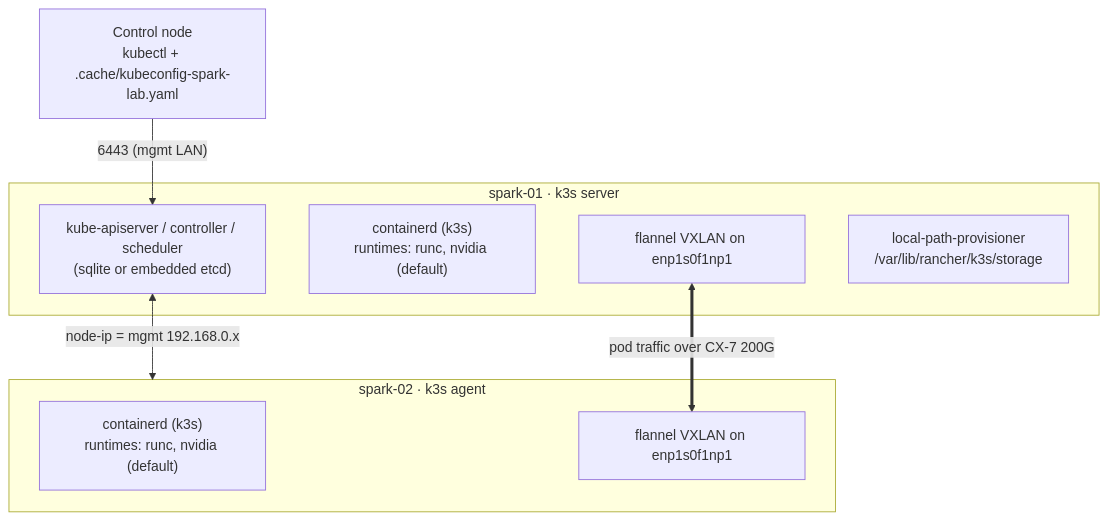
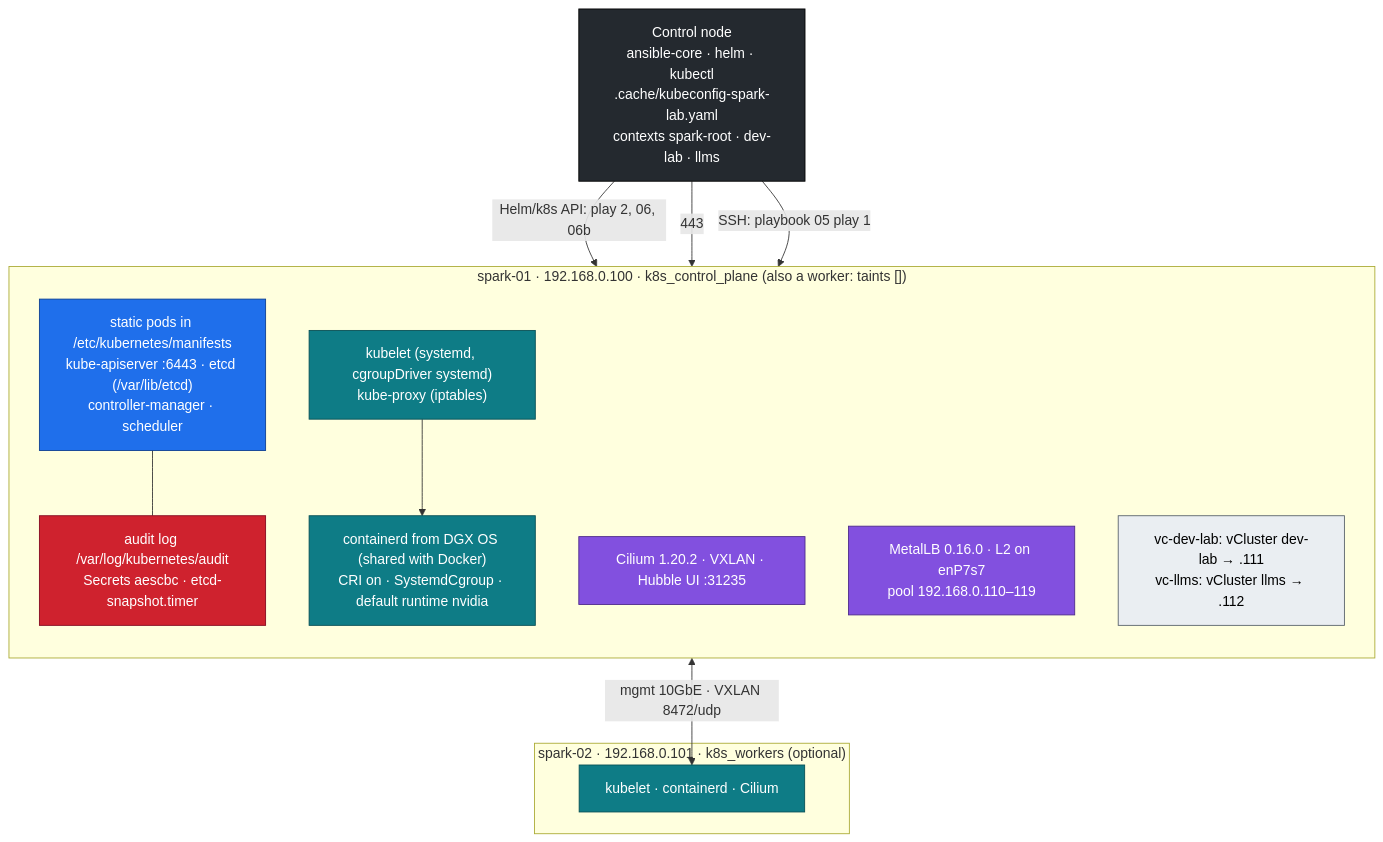
One commit to cloudone365/technical-depth changed the diagram in 01 Ansible/16-kubernetes-bare-metal-bootstrap-kubeadm.md. Above: the diagram before and after it, drawn with Mermaid. The commit also changed other lines of this file and 53 other files, not shown here.

First line of the commit message:
Rewrite 01 Ansible and 02 Kubernetes volumes for the kubeadm root + two vClusters

````diff
--- a/01 Ansible/16-kubernetes-bare-metal-bootstrap-kubeadm.md
+++ b/01 Ansible/16-kubernetes-bare-metal-bootstrap-kubeadm.md
@@ -30,16 +37,35 @@
 ```mermaid
 flowchart TB
-  CTL["Control node<br/>kubectl + .cache/kubeconfig-spark-lab.yaml"] -->|"6443 (mgmt LAN)"| API
-  subgraph S1["spark-01 · k3s server"]
-    API["kube-apiserver / controller / scheduler<br/>(sqlite or embedded etcd)"]
-    CD1["containerd (k3s)<br/>runtimes: runc, nvidia (default)"]
-    FL1["flannel VXLAN on enp1s0f1np1"]
-    LP["local-path-provisioner<br/>/var/lib/rancher/k3s/storage"]
+  CTL["Control node<br/>ansible-core · helm · kubectl<br/>.cache/kubeconfig-spark-lab.yaml<br/>contexts spark-root · dev-lab · llms"]
+  subgraph S1["spark-01 · 192.168.0.100 · k8s_control_plane (also a worker: taints [])"]
+    direction TB
+    CP["static pods in /etc/kubernetes/manifests<br/>kube-apiserver :6443 · etcd (/var/lib/etcd)<br/>controller-manager · scheduler"]
+    SEC["audit log /var/log/kubernetes/audit<br/>Secrets aescbc · etcd-snapshot.timer"]
+    KL["kubelet (systemd, cgroupDriver systemd)<br/>kube-proxy (iptables)"]
+    CTD["containerd from DGX OS (shared with Docker)<br/>CRI on · SystemdCgroup · default runtime nvidia"]
+    CIL["Cilium 1.20.2 · VXLAN · Hubble UI :31235"]
+    MLB["MetalLB 0.16.0 · L2 on enP7s7<br/>pool 192.168.0.110–119"]
+    VC["vc-dev-lab: vCluster dev-lab → .111<br/>vc-llms: vCluster llms → .112"]
   end
-  subgraph S2["spark-02 · k3s agent"]
-    CD2["containerd (k3s)<br/>runtimes: runc, nvidia (default)"]
-    FL2["flannel VXLAN on enp1s0f1np1"]
+  subgraph S2["spark-02 · 192.168.0.101 · k8s_workers (optional)"]
+    KL2["kubelet · containerd · Cilium"]
   end
-  API <-->|"node-ip = mgmt 192.168.0.x"| S2
-  FL1 <==>|"pod traffic over CX-7 200G"| FL2
+  CTL -->|"SSH: playbook 05 play 1"| S1
+  CTL -->|"Helm/k8s API: play 2, 06, 06b"| CP
+  CTL -->|"443"| VC
+  CP --- SEC
+  KL --> CTD
+  CP <-->|"mgmt 10GbE · VXLAN 8472/udp"| KL2
+  classDef ext fill:#24292f,stroke:#000,color:#fff
+  classDef ctrl fill:#1f6feb,stroke:#0b3d91,color:#fff
+  classDef node fill:#0e7c86,stroke:#064e54,color:#fff
+  classDef net fill:#8250df,stroke:#4c2889,color:#fff
+  classDef sec fill:#cf222e,stroke:#82071e,color:#fff
+  classDef tenant fill:#eaeef2,stroke:#57606a,color:#000
+  class CTL ext
+  class CP ctrl
+  class KL,CTD,KL2 node
+  class CIL,MLB net
+  class SEC sec
+  class VC tenant
 ```
````
